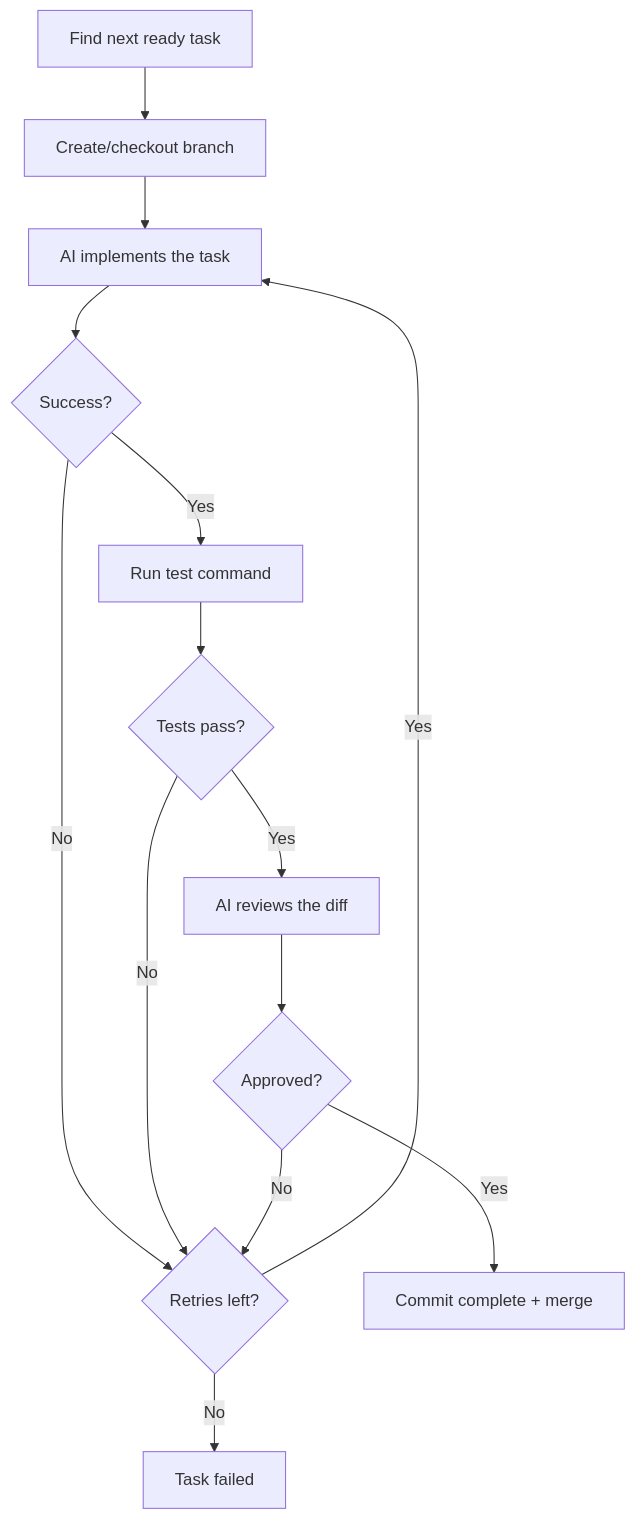
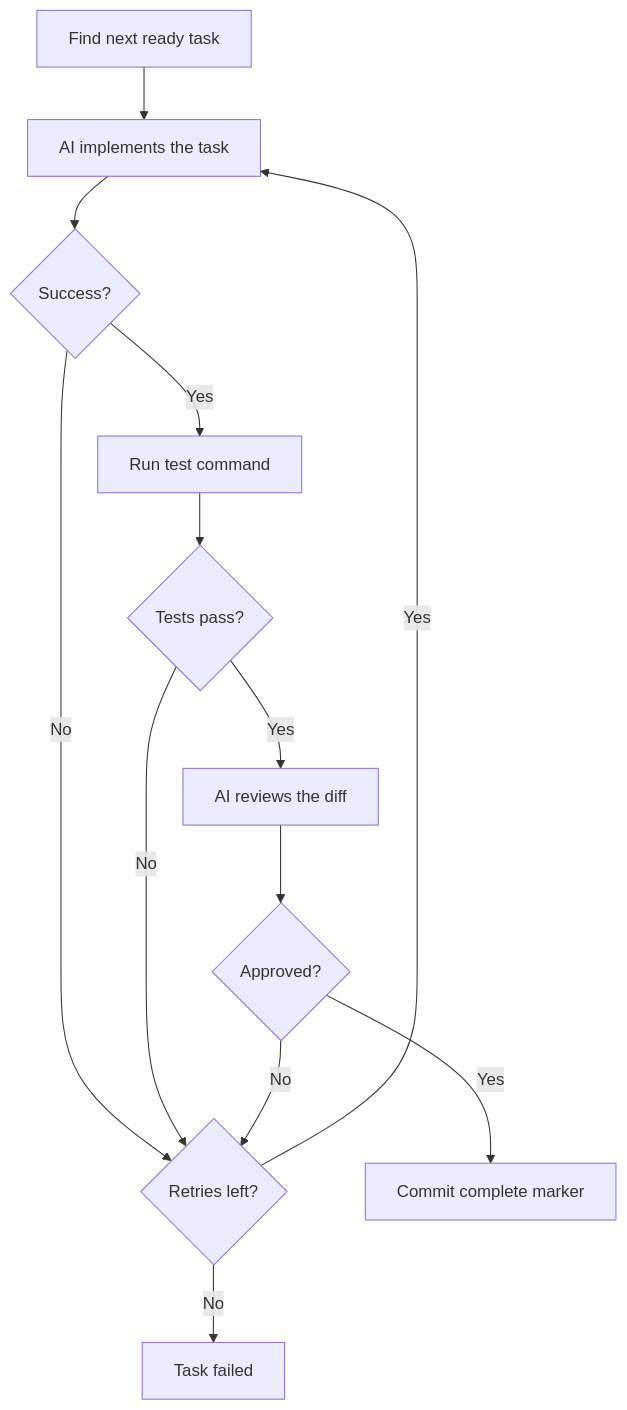
Before and after one commit to pennyworth-tech/agent-arborist: the diagram in docs/manual/05-execution.md, drawn with Mermaid. The commit also changed other lines of this file and 31 other files, not shown here.

````diff
--- a/docs/manual/05-execution.md
+++ b/docs/manual/05-execution.md
@@ -7,16 +7,15 @@
 ```mermaid
 flowchart TD
-    Start["Find next ready task"] --> Branch["Create/checkout branch"]
-    Branch --> Implement["AI implements the task"]
+    Start["Find next ready task"] --> Implement["AI implements the task"]
     Implement --> ImplOK{Success?}
     ImplOK -- No --> Retry{Retries left?}
     ImplOK -- Yes --> Test["Run test command"]
     Test --> TestOK{Tests pass?}
     TestOK -- No --> Retry
     TestOK -- Yes --> Review["AI reviews the diff"]
     Review --> ReviewOK{Approved?}
     ReviewOK -- No --> Retry
-    ReviewOK -- Yes --> Complete["Commit complete + merge"]
+    ReviewOK -- Yes --> Complete["Commit complete marker"]
     Retry -- Yes --> Implement
     Retry -- No --> Fail["Task failed"]
 ```
````
